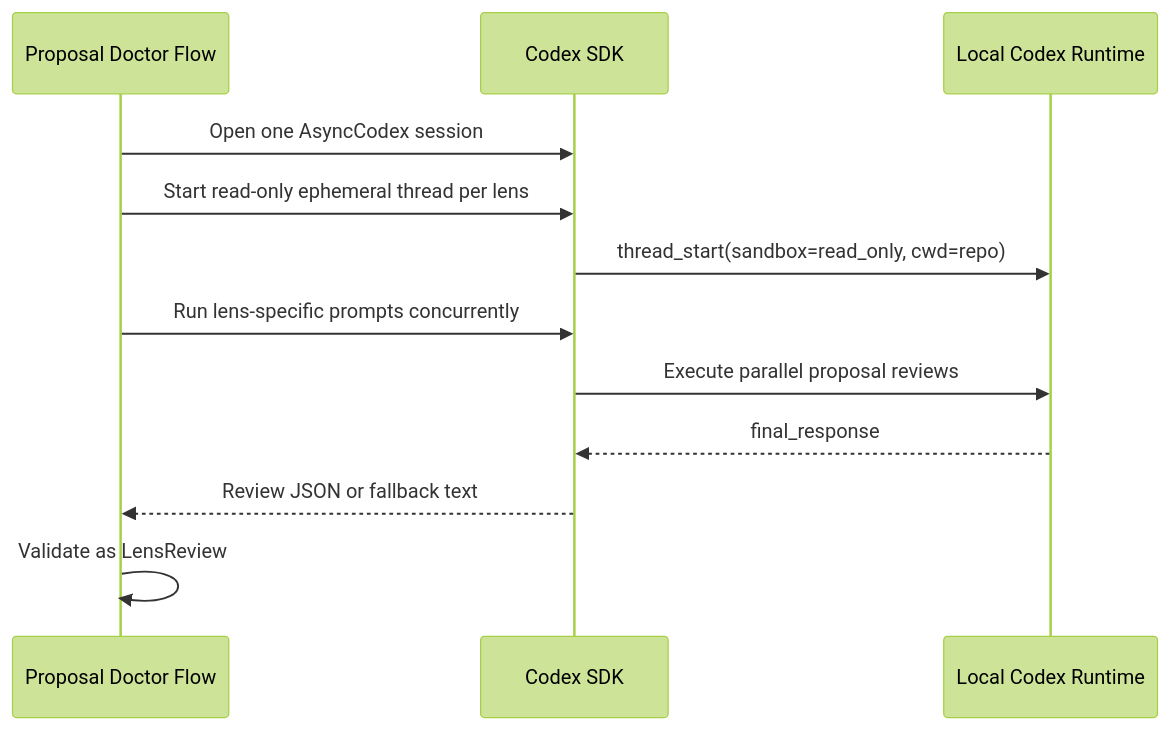
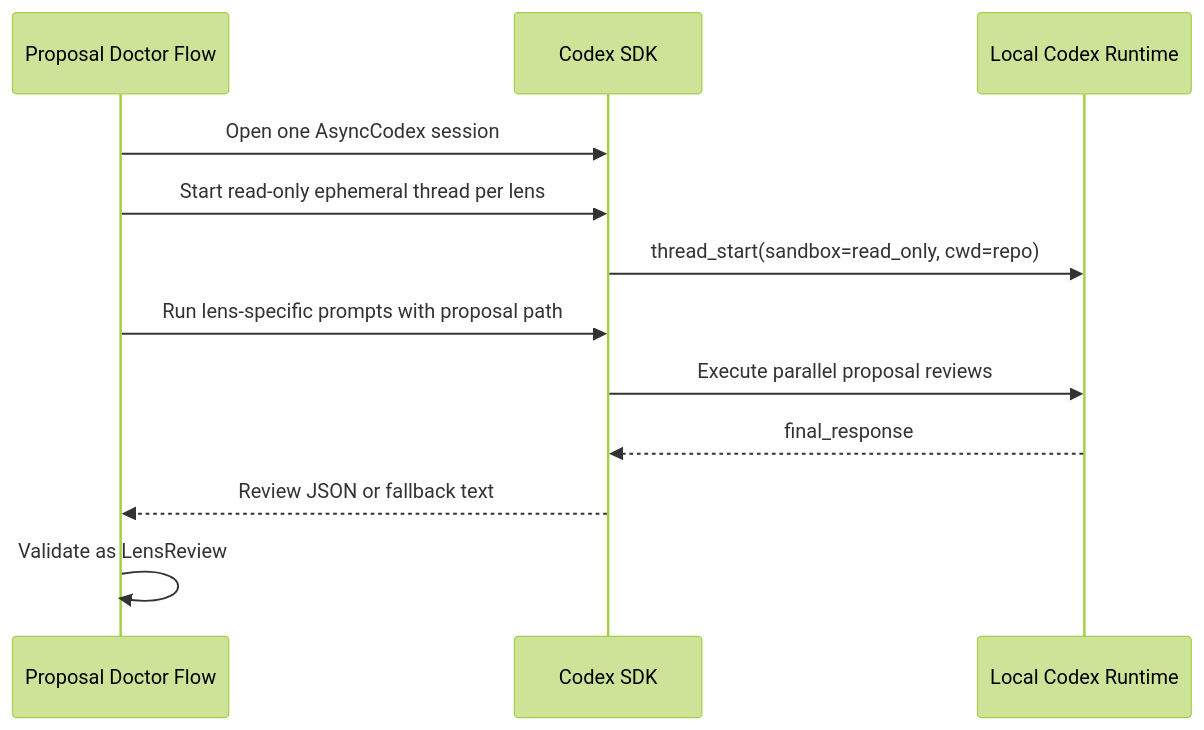
One commit to koizumikento/proposal-doctor changed the second of 2 diagrams in docs/SPEC.md. Above: the diagram before and after it, drawn with Mermaid (forest theme). The commit also changed other lines of this file and 12 other files, not shown here.

````diff
--- a/docs/SPEC.md
+++ b/docs/SPEC.md
@@ -109,15 +134,15 @@
 ```mermaid
 sequenceDiagram
     participant Flow as Proposal Doctor Flow
     participant SDK as Codex SDK
     participant Codex as Local Codex Runtime
 
     Flow->>SDK: Open one AsyncCodex session
     Flow->>SDK: Start read-only ephemeral thread per lens
     SDK->>Codex: thread_start(sandbox=read_only, cwd=repo)
-    Flow->>SDK: Run lens-specific prompts concurrently
+    Flow->>SDK: Run lens-specific prompts with proposal path
     SDK->>Codex: Execute parallel proposal reviews
     Codex-->>SDK: final_response
     SDK-->>Flow: Review JSON or fallback text
     Flow->>Flow: Validate as LensReview
 ```
````
